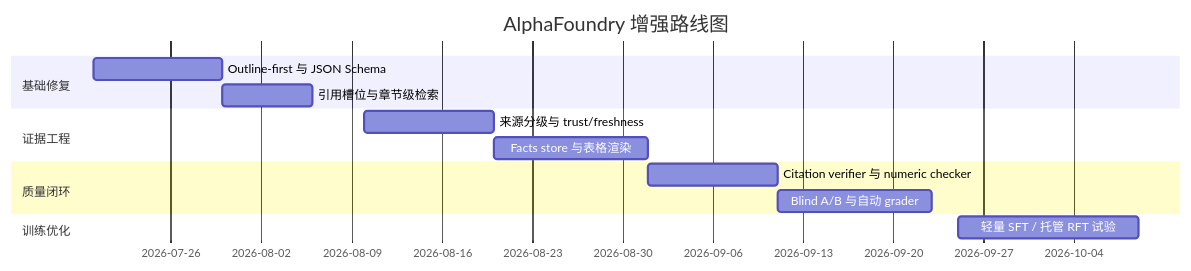
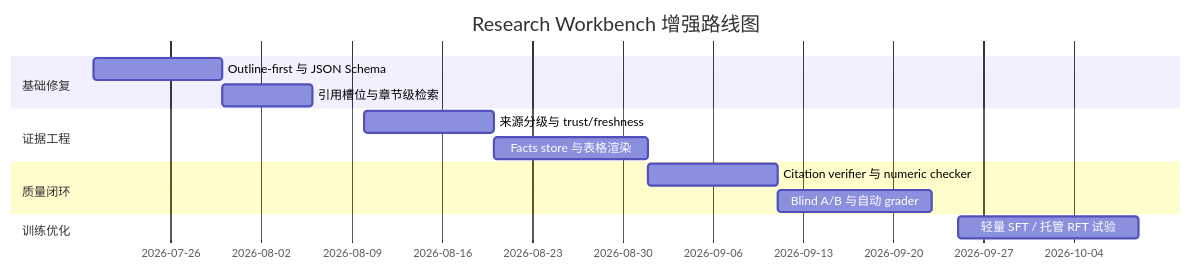
The second of 3 diagrams in tests/deep-research-report.md (Leon-Huang001208/ResearchWorkbench), drawn with Mermaid before and after one commit. The commit also changed other lines of this file and 696 other files, not shown here.

Commit message:
feat: rename platform to Research Workbench

````diff
--- a/tests/deep-research-report.md
+++ b/tests/deep-research-report.md
@@ -251,16 +251,16 @@
 ```mermaid
 gantt
-    title AlphaFoundry 增强路线图
+    title Research Workbench 增强路线图
     dateFormat  YYYY-MM-DD
     section 基础修复
     Outline-first 与 JSON Schema        :a1, 2026-07-20, 10d
     引用槽位与章节级检索                 :a2, after a1, 7d
     section 证据工程
     来源分级与 trust/freshness          :b1, 2026-08-10, 10d
     Facts store 与表格渲染              :b2, after b1, 12d
     section 质量闭环
     Citation verifier 与 numeric checker :c1, 2026-09-01, 10d
     Blind A/B 与自动 grader             :c2, after c1, 12d
     section 训练优化
     轻量 SFT / 托管 RFT 试验            :d1, 2026-09-25, 14d
 ```
````
